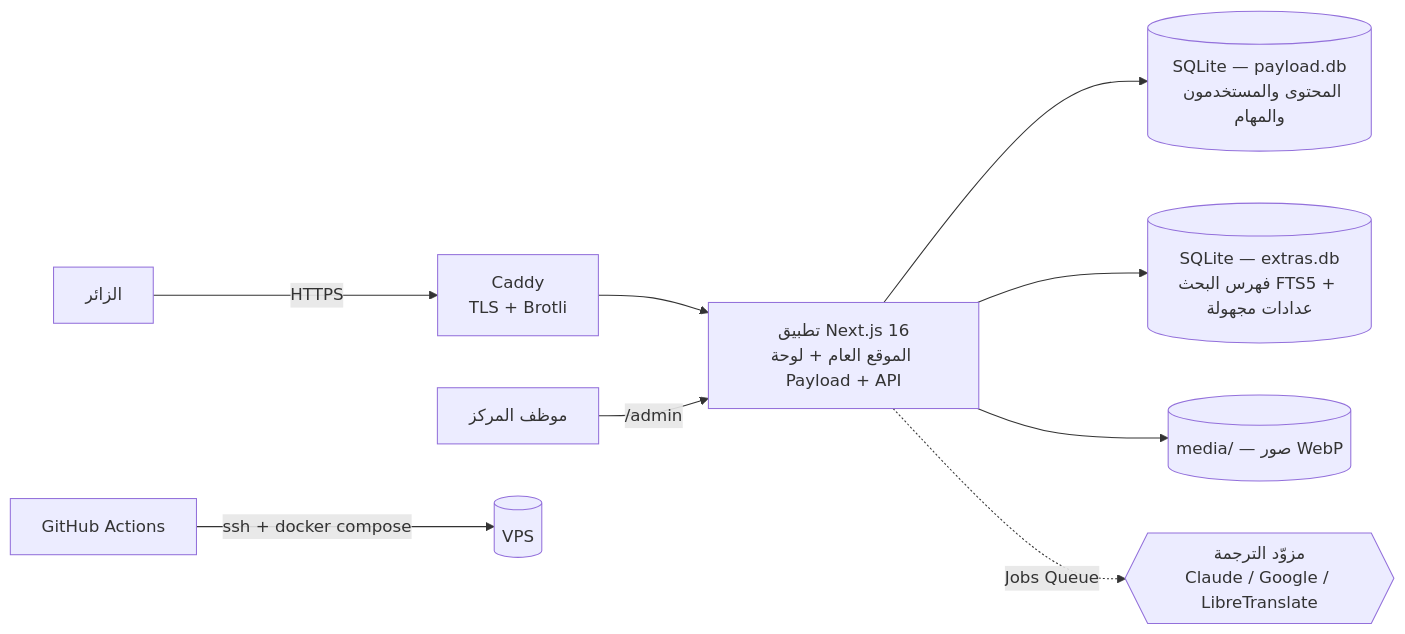
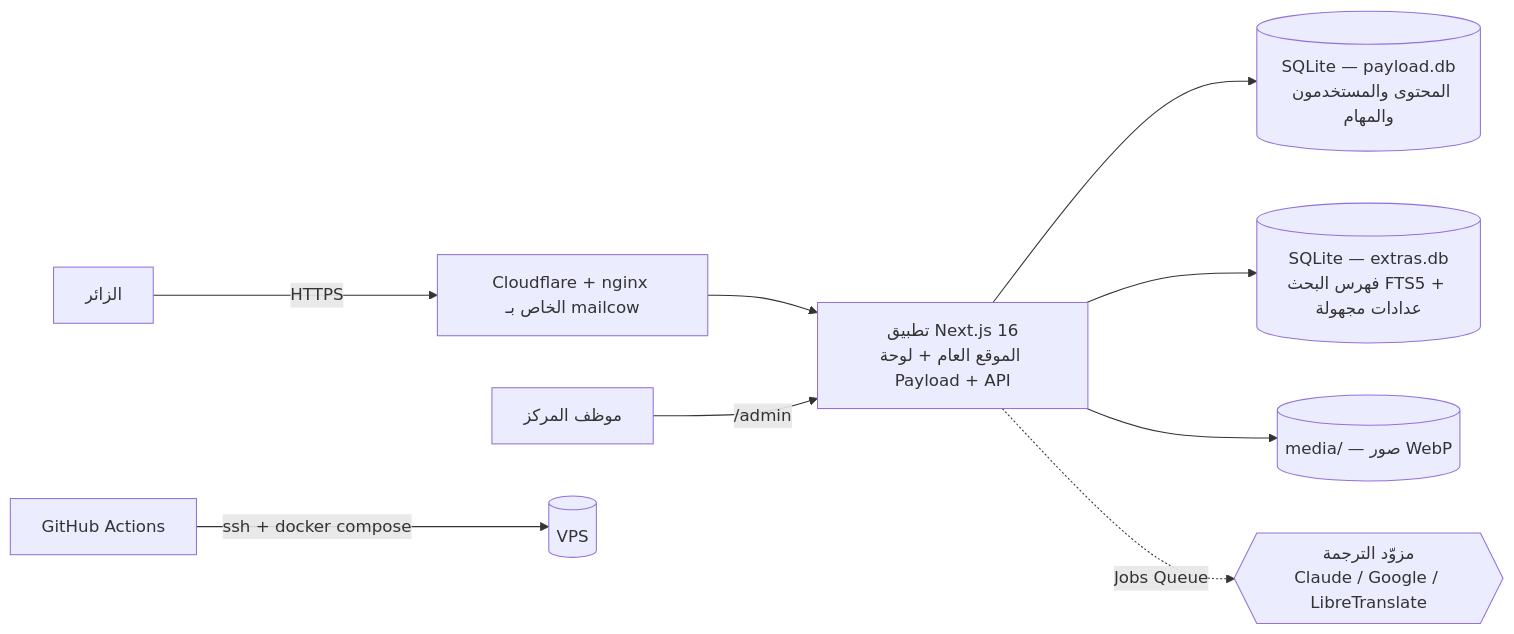
The diagram in docs/02-plan/02-architecture.md (Novixa-dev/hadramout-center-platform), drawn with Mermaid before and after one commit. The commit also changed other lines of this file and 15 other files, not shown here.

First line of the commit message:
feat(deploy): adapt deployment to the real VPS edge (mailcow nginx behind Cloudflare)

````diff
--- a/docs/02-plan/02-architecture.md
+++ b/docs/02-plan/02-architecture.md
@@ -7,11 +7,11 @@
 ```mermaid
 flowchart LR
-  V[الزائر] -->|HTTPS| C[Caddy<br/>TLS + Brotli]
+  V[الزائر] -->|HTTPS| C[Cloudflare + nginx الخاص بـ mailcow]
   C --> A[تطبيق Next.js 16<br/>الموقع العام + لوحة Payload + API]
   A --> DB[(SQLite — payload.db<br/>المحتوى والمستخدمون والمهام)]
   A --> X[(SQLite — extras.db<br/>فهرس البحث FTS5 + عدادات مجهولة)]
   A --> M[(media/ — صور WebP)]
   A -. Jobs Queue .-> T{{مزوّد الترجمة<br/>Claude / Google / LibreTranslate}}
   E[موظف المركز] -->|/admin| A
   GH[GitHub Actions] -->|ssh + docker compose| VPS[(VPS)]
 ```
````
